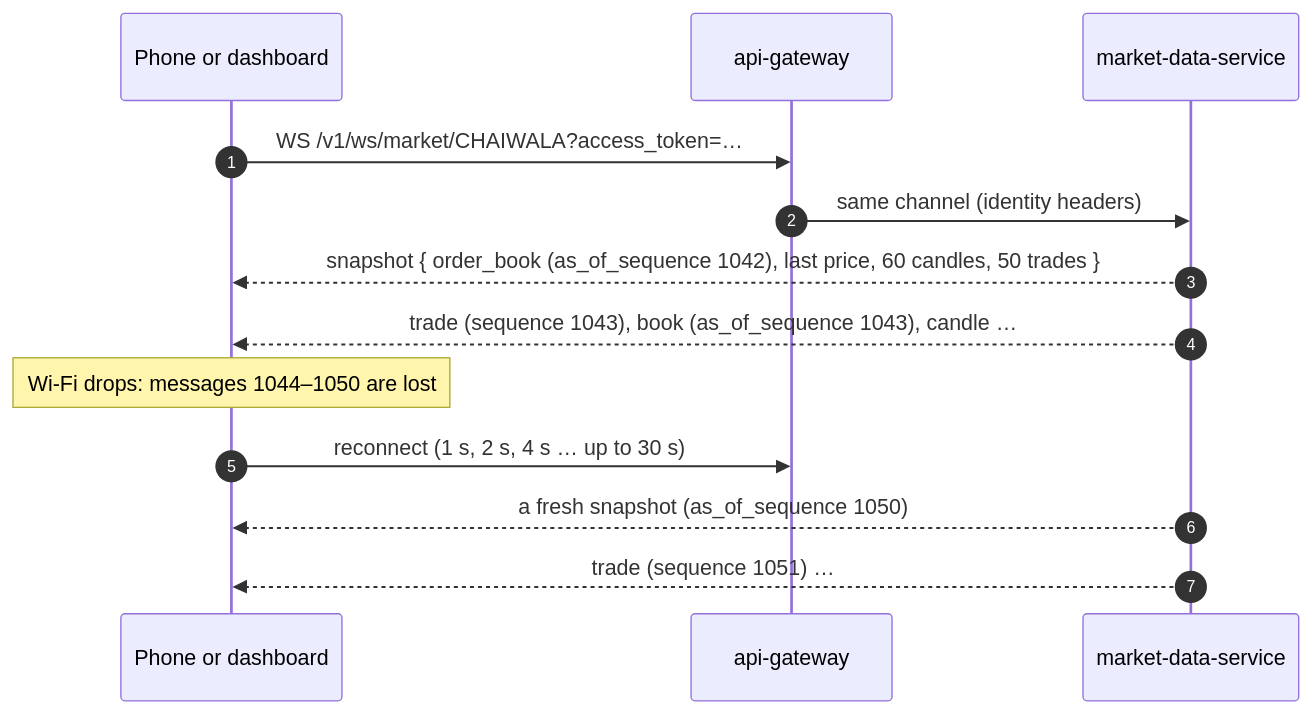
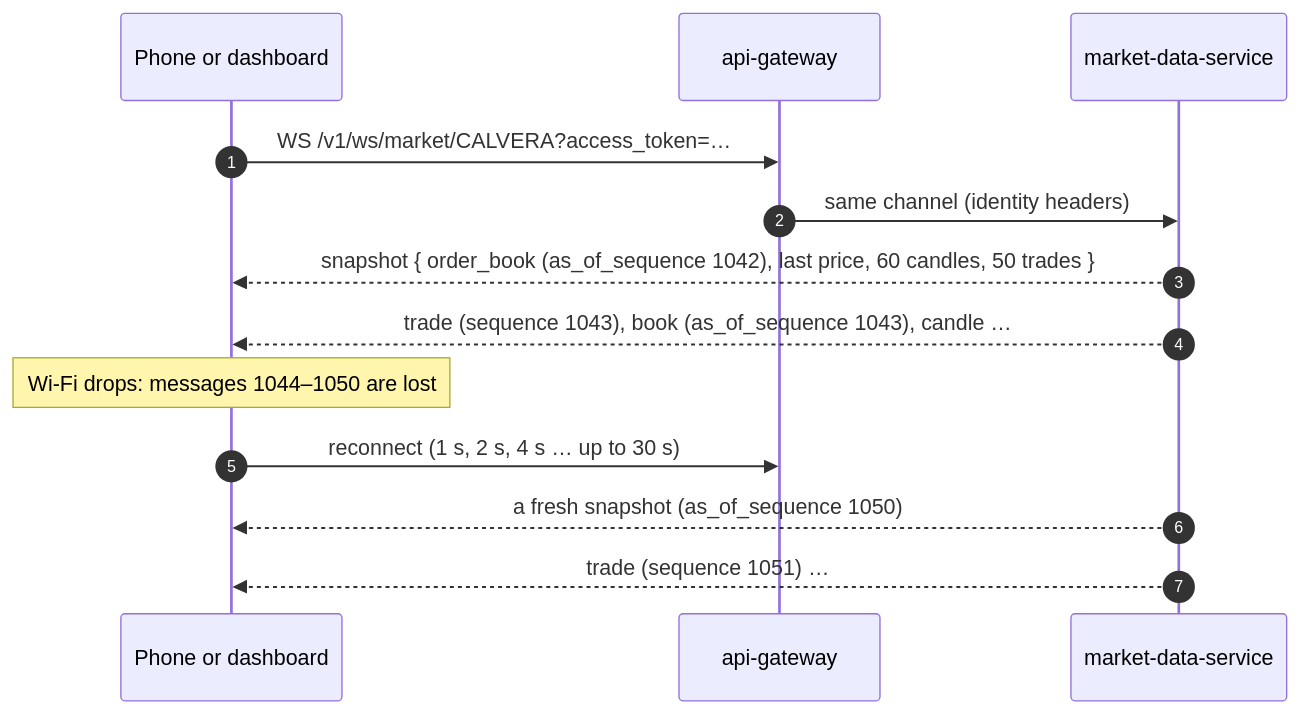
One commit to Kaizer-1/CircuitBreaker changed the third of 3 diagrams in docs/03-architecture/08-read-side.md. Above: the diagram before and after it, drawn with Mermaid. The commit also changed 113 other files, not shown here.

````diff
--- a/docs/03-architecture/08-read-side.md
+++ b/docs/03-architecture/08-read-side.md
@@ -112,15 +112,15 @@
 ```mermaid
 sequenceDiagram
     autonumber
     participant P as Phone or dashboard
     participant GW as api-gateway
     participant MD as market-data-service
-    P->>GW: WS /v1/ws/market/CHAIWALA?access_token=…
+    P->>GW: WS /v1/ws/market/CALVERA?access_token=…
     GW->>MD: same channel (identity headers)
     MD-->>P: snapshot { order_book (as_of_sequence 1042), last price, 60 candles, 50 trades }
     MD-->>P: trade (sequence 1043), book (as_of_sequence 1043), candle …
     Note over P: Wi-Fi drops: messages 1044–1050 are lost
     P->>GW: reconnect (1 s, 2 s, 4 s … up to 30 s)
     MD-->>P: a fresh snapshot (as_of_sequence 1050)
     MD-->>P: trade (sequence 1051) …
 ```
````
